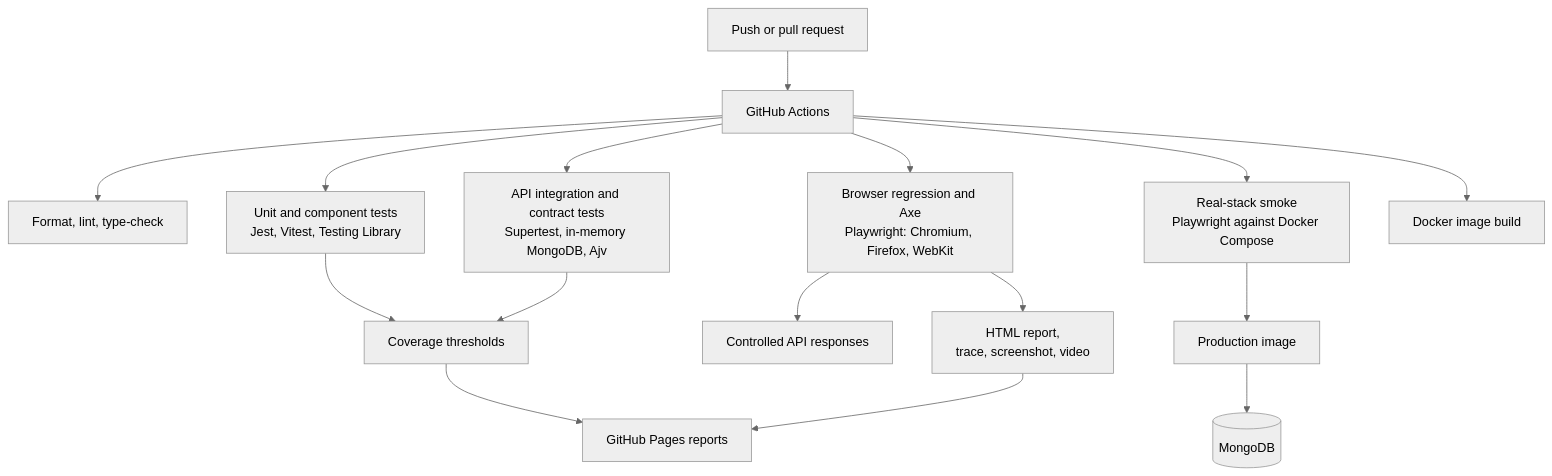
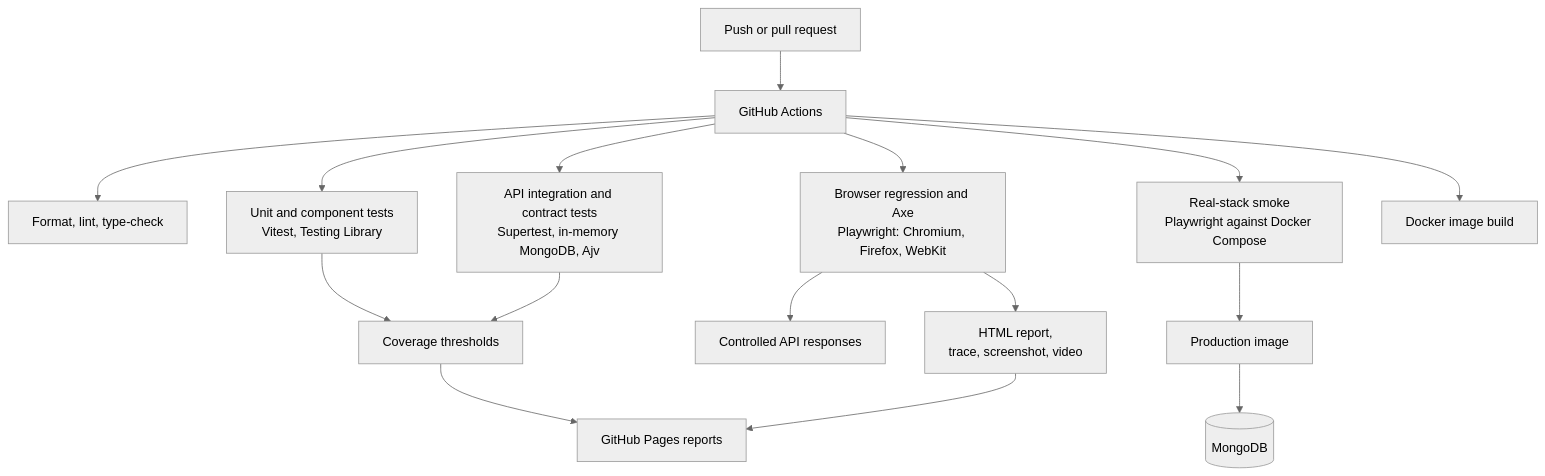
Before and after one commit to proyneon-hub/it-ticketing-system: the diagram in docs/QA_ARCHITECTURE.md, drawn with Mermaid (neutral theme). The commit also changed other lines of this file and 13 other files, not shown here.

First line of the commit message:
test(api): run server tests on Vitest and drop the mocked route suite

````diff
--- a/docs/QA_ARCHITECTURE.md
+++ b/docs/QA_ARCHITECTURE.md
@@ -5,21 +5,21 @@
 ```mermaid
 flowchart TD
     Dev[Push or pull request] --> CI[GitHub Actions]
 
     CI --> Static[Format, lint, type-check]
-    CI --> Unit[Unit and component tests<br/>Jest, Vitest, Testing Library]
+    CI --> Unit[Unit and component tests<br/>Vitest, Testing Library]
     CI --> Integration[API integration and contract tests<br/>Supertest, in-memory MongoDB, Ajv]
     CI --> Browser[Browser regression and Axe<br/>Playwright: Chromium, Firefox, WebKit]
     CI --> Stack[Real-stack smoke<br/>Playwright against Docker Compose]
     CI --> Image[Docker image build]
 
     Browser --> Mocks[Controlled API responses]
     Stack --> App[Production image]
     App --> DB[(MongoDB)]
 
     Unit --> Cov[Coverage thresholds]
     Integration --> Cov
     Browser --> Report[HTML report,<br/>trace, screenshot, video]
     Cov --> Pages[GitHub Pages reports]
     Report --> Pages
 ```
````
